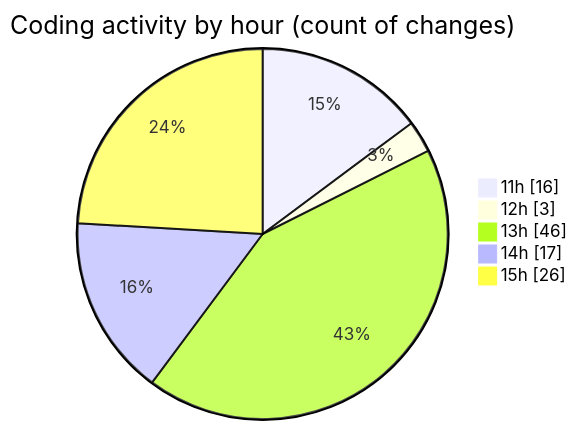
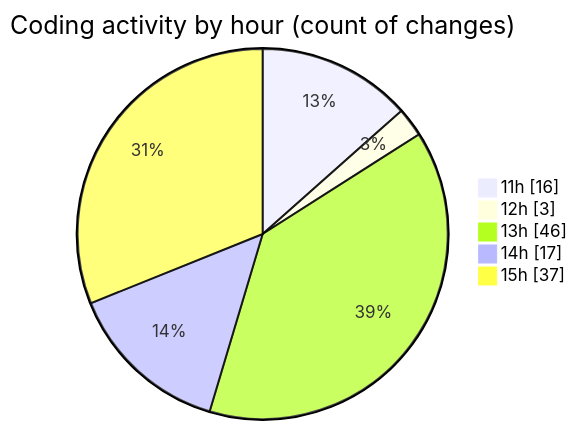
Before and after one commit to nxtqubesakshisongat/code-tracking: the second of 2 diagrams in 2025-07-08/argos/README.md, drawn with Mermaid. The commit also changed other lines of this file and 1 other file, not shown here.

````diff
--- a/2025-07-08/argos/README.md
+++ b/2025-07-08/argos/README.md
@@ -34,9 +34,9 @@
 ```mermaid
 pie showData
 title Coding activity by hour (count of changes)
 "11h" : 16
 "12h" : 3
 "13h" : 46
 "14h" : 17
-"15h" : 26
+"15h" : 37
 ```
````
